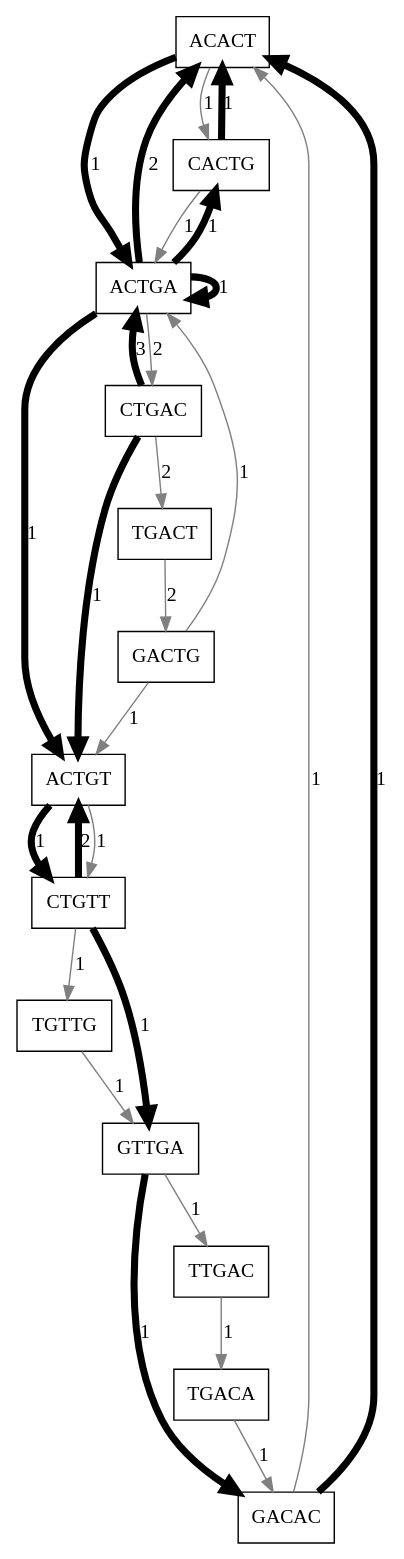
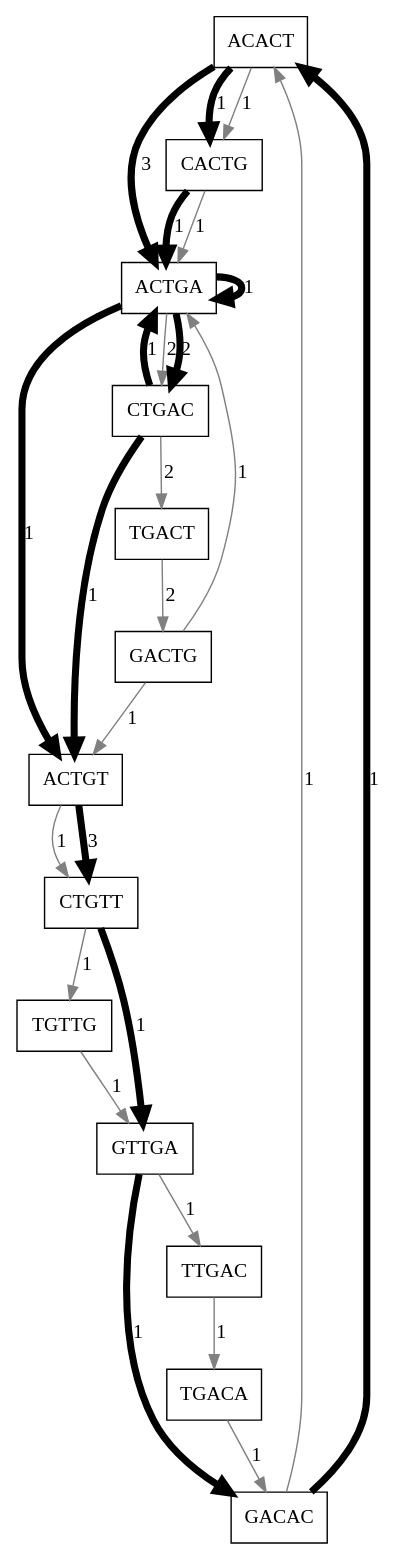
One commit to ablab/spades changed the diagram in assembler/docs/abruijn/fig2.dot. Above: the diagram before and after it, drawn with Graphviz. The commit also changed 5 other files, not shown here.

Commit message:
a bug in toy graph drawing is fixed

```diff
--- a/assembler/docs/abruijn/fig2.dot
+++ b/assembler/docs/abruijn/fig2.dot
@@ -1,31 +1,30 @@
 ## genome=ACTGACTGTTGACACTG readsize=9 k=5
 ##dot -Tjpg ACTGACTGTTGACACTG.dot -o ACTGACTGTTGACACTG.jpg
 digraph ACTGACTGTTGACACTG { rankdir="TB"; node[shape="box"] 
 ACACT->CACTG[color=grey,label="1"]
 ACTGA->CTGAC[color=grey,label="2"]
 ACTGT->CTGTT[color=grey,label="1"]
 CACTG->ACTGA[color=grey,label="1"]
 CTGAC->TGACT[color=grey,label="2"]
 CTGTT->TGTTG[color=grey,label="1"]
 GACAC->ACACT[color=grey,label="1"]
 GACTG->ACTGA[color=grey,label="1"]
 GACTG->ACTGT[color=grey,label="1"]
 GTTGA->TTGAC[color=grey,label="1"]
 TGACA->GACAC[color=grey,label="1"]
 TGACT->GACTG[color=grey,label="2"]
 TGTTG->GTTGA[color=grey,label="1"]
 TTGAC->TGACA[color=grey,label="1"]
-ACACT->ACTGA[color=black,penwidth=5,label="1"]
-ACTGA->ACACT[color=black,penwidth=5,label="2"]
+ACACT->ACTGA[color=black,penwidth=5,label="3"]
+ACACT->CACTG[color=black,penwidth=5,label="1"]
 ACTGA->ACTGA[color=black,penwidth=5,label="1"]
 ACTGA->ACTGT[color=black,penwidth=5,label="1"]
-ACTGA->CACTG[color=black,penwidth=5,label="1"]
-ACTGT->CTGTT[color=black,penwidth=5,label="1"]
-CACTG->ACACT[color=black,penwidth=5,label="1"]
-CTGAC->ACTGA[color=black,penwidth=5,label="3"]
+ACTGA->CTGAC[color=black,penwidth=5,label="2"]
+ACTGT->CTGTT[color=black,penwidth=5,label="3"]
+CACTG->ACTGA[color=black,penwidth=5,label="1"]
+CTGAC->ACTGA[color=black,penwidth=5,label="1"]
 CTGAC->ACTGT[color=black,penwidth=5,label="1"]
-CTGTT->ACTGT[color=black,penwidth=5,label="2"]
 CTGTT->GTTGA[color=black,penwidth=5,label="1"]
 GACAC->ACACT[color=black,penwidth=5,label="1"]
 GTTGA->GACAC[color=black,penwidth=5,label="1"]
 }
```
